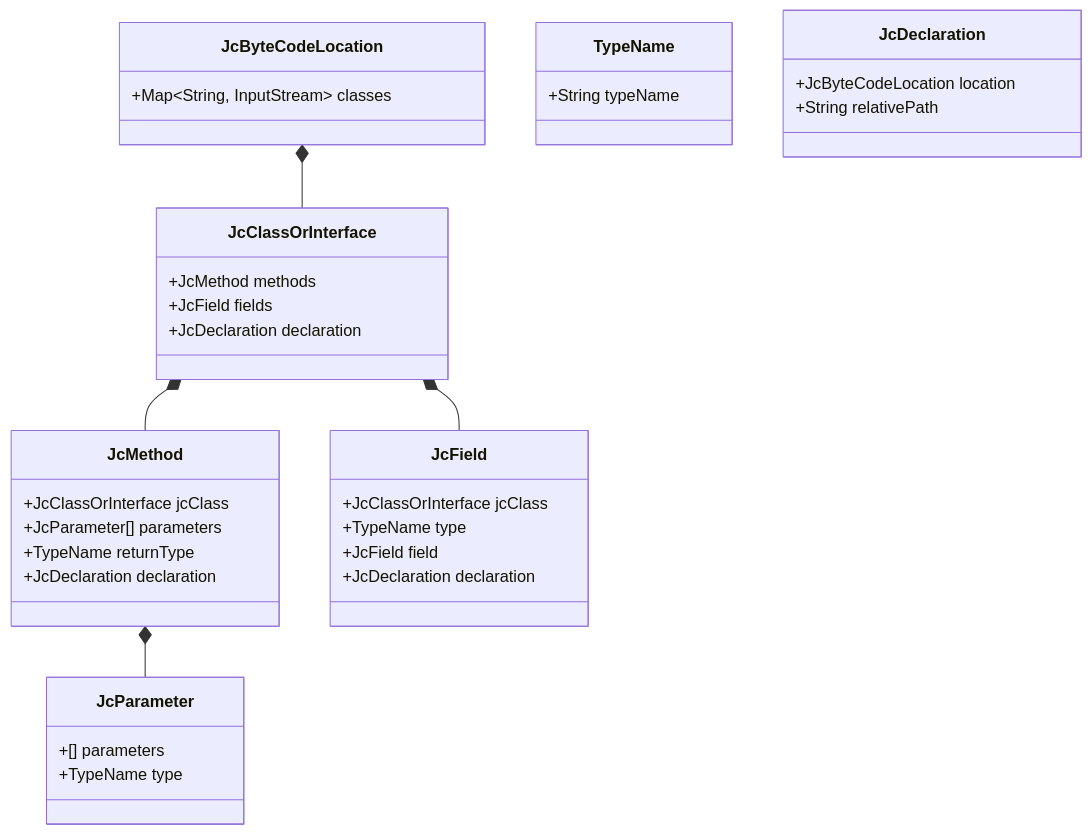
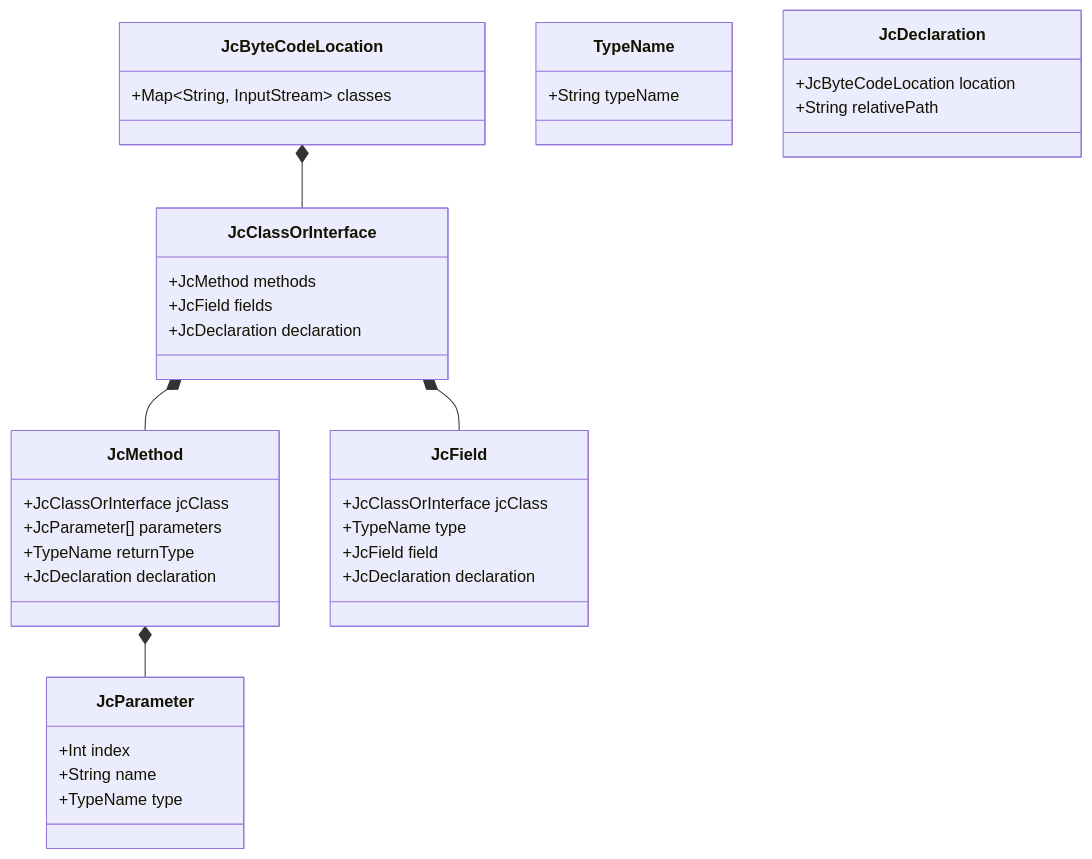
One commit to UnitTestBot/jacodb changed the first of 4 diagrams in design.md. Above: the diagram before and after it, drawn with Mermaid.

````diff
--- a/design.md
+++ b/design.md
@@ -25,47 +25,48 @@
 ```mermaid
 classDiagram
     JcByteCodeLocation  *-- JcClassOrInterface
     JcClassOrInterface  *-- JcMethod
     JcClassOrInterface  *-- JcField
     JcMethod  *-- JcParameter
     
     
     class TypeName{
       +String typeName
     }
 
     class JcByteCodeLocation {
        +Map~String, InputStream~ classes 
     }
 
     class JcDeclaration {
         +JcByteCodeLocation location
         +String relativePath 
     }
 
     class JcClassOrInterface {
       +JcMethod methods
       +JcField fields
       +JcDeclaration declaration
     }
 
     class JcParameter {
-      +[] parameters
+      +Int index
+      +String name
       +TypeName type
     }
 
 
     class JcMethod {
       +JcClassOrInterface jcClass
       +JcParameter[] parameters
       +TypeName returnType
       +JcDeclaration declaration
     }
 
     class JcField {
       +JcClassOrInterface jcClass
       +TypeName type
       +JcField field
       +JcDeclaration declaration
     }
 ``` 
````
